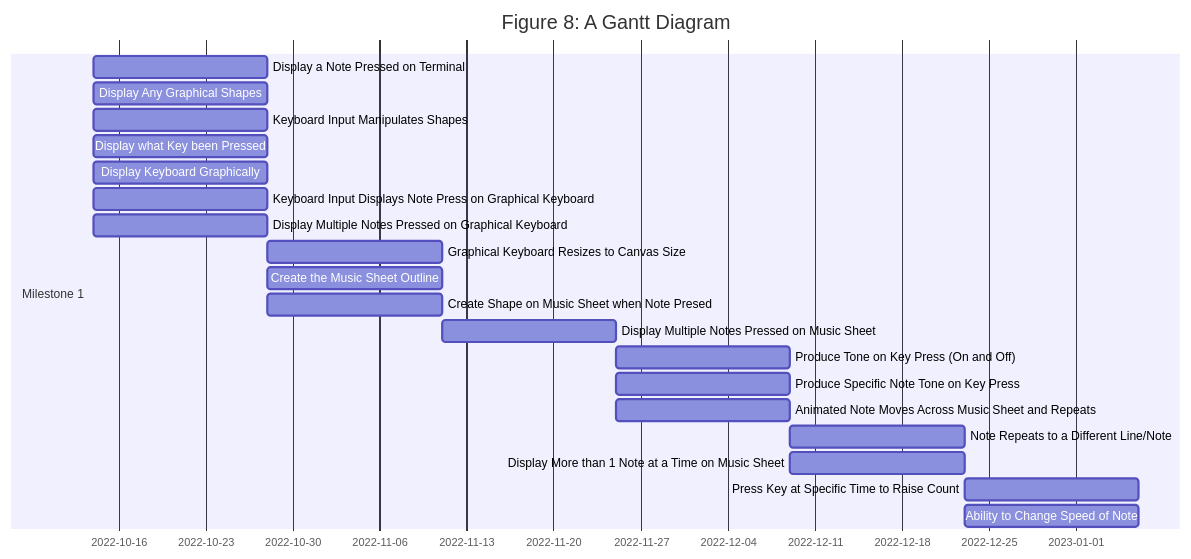
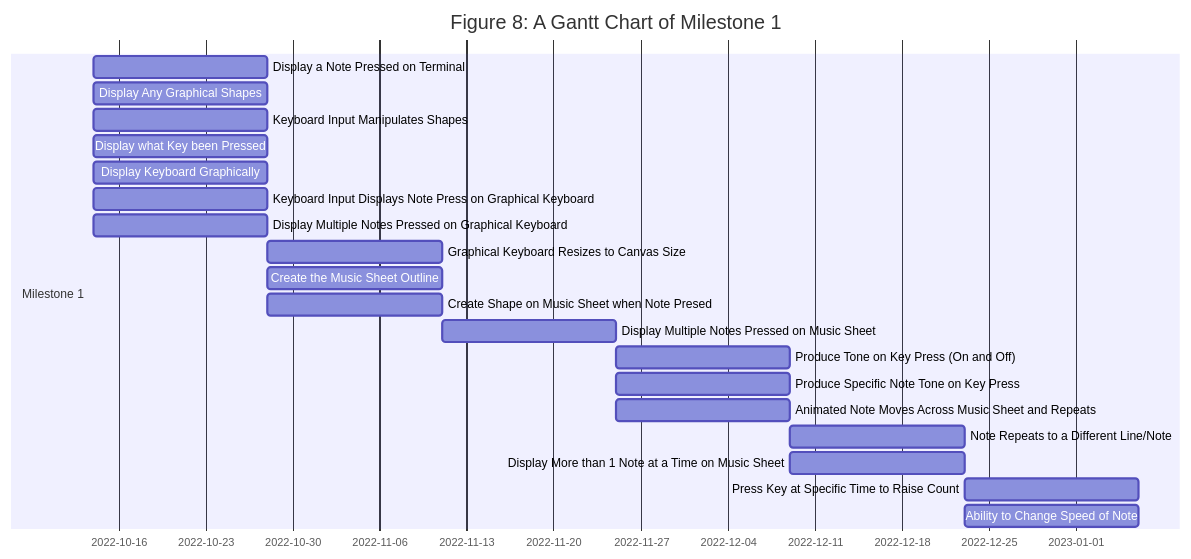
Before and after one commit to KieranBest/Final-Year-Project: the first of 3 diagrams in Documentation.md, drawn with Mermaid. The commit also changed other lines of this file and 9 other files, not shown here.

````diff
--- a/Documentation.md
+++ b/Documentation.md
@@ -310,25 +331,25 @@
 ```mermaid
 gantt
-    title Figure 8: A Gantt Diagram
+    title Figure 8: A Gantt Chart of Milestone 1
     dateFormat  YYYY-MM-DD
 
     section Milestone 1
     Display a Note Pressed on Terminal                        :a1, 2022-10-14, 14d
     Display Any Graphical Shapes                              :a1, 2022-10-14, 14d
     Keyboard Input Manipulates Shapes                         :a1, 2022-10-14, 14d
     Display what Key been Pressed                             :a1, 2022-10-14, 14d
     Display Keyboard Graphically                              :a1, 2022-10-14, 14d
     Keyboard Input Displays Note Press on Graphical Keyboard  :a1, 2022-10-14, 14d
     Display Multiple Notes Pressed on Graphical Keyboard      :a1, 2022-10-14, 14d
     Graphical Keyboard Resizes to Canvas Size                 :a2, after a1, 14d
     Create the Music Sheet Outline                            :a2, after a1, 14d
     Create Shape on Music Sheet when Note Presed              :a2, after a1, 14d
     Display Multiple Notes Pressed on Music Sheet             :a3, after a2, 14d
     Produce Tone on Key Press (On and Off)                    :a4, after a3, 14d
     Produce Specific Note Tone on Key Press                   :a4, after a3, 14d
     Animated Note Moves Across Music Sheet and Repeats        :a4, after a3, 14d
     Note Repeats to a Different Line/Note                     :a5, after a4, 14d
     Display More than 1 Note at a Time on Music Sheet         :a5, after a4, 14d
     Press Key at Specific Time to Raise Count                 :a6, after a5, 14d
     Ability to Change Speed of Note                           :a6, after a5, 14d
 ```
````
